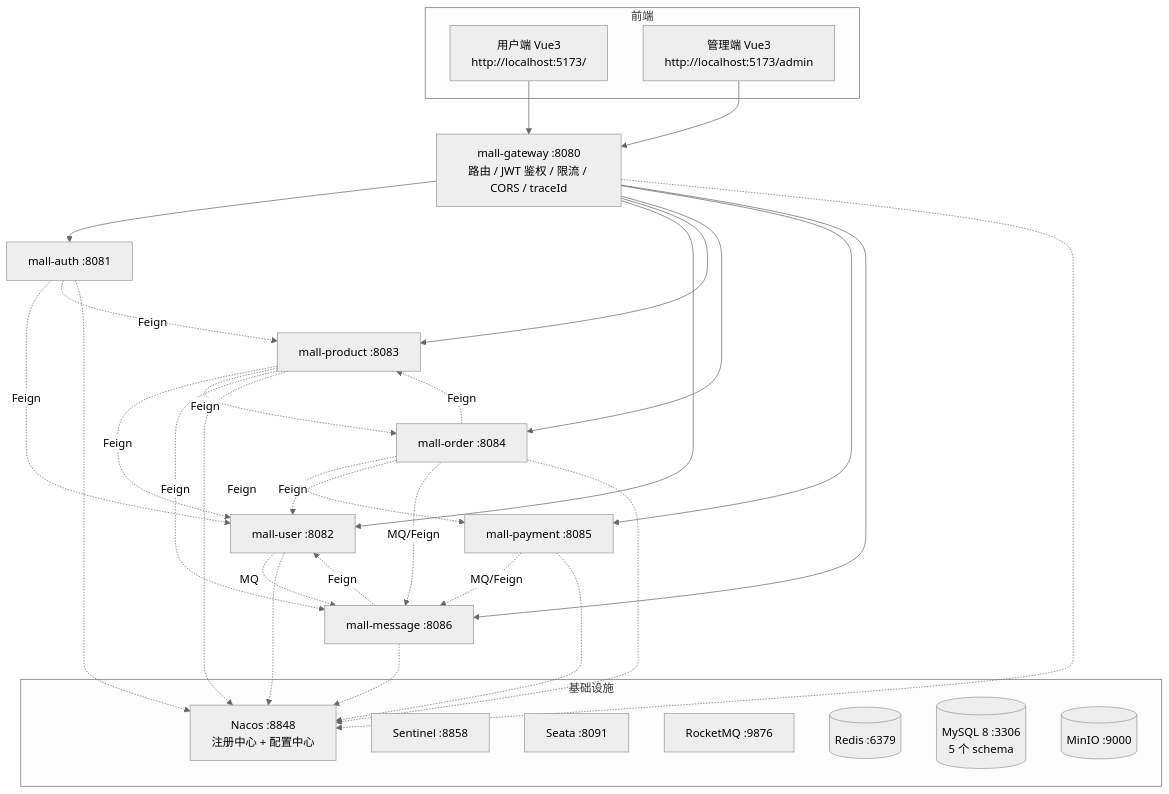
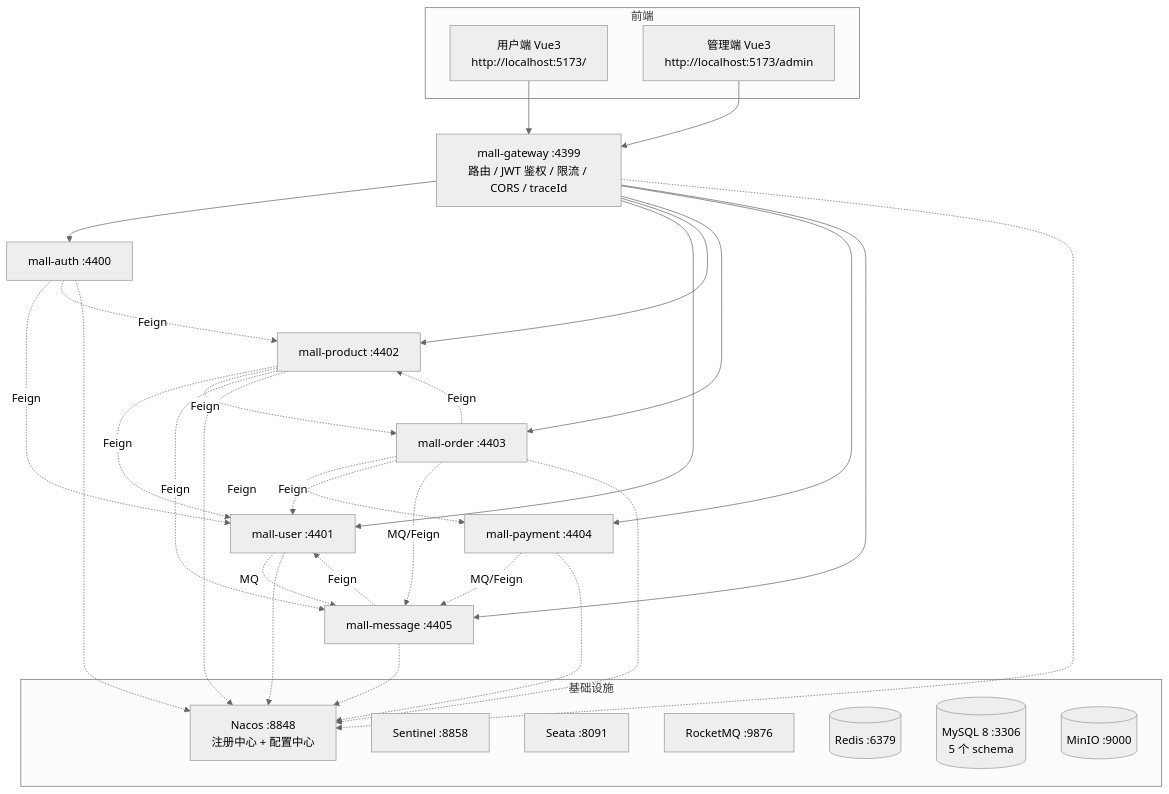
The second of 7 diagrams in 文档归类/01-总体开发文档.md (liumoqing/Campus-Second-Hand-Marketplace-Based-on-SpringCloud), drawn with Mermaid (neutral theme) before and after one commit. The commit also changed other lines of this file and 12669 other files, not shown here.

````diff
--- a/文档归类/01-总体开发文档.md
+++ b/文档归类/01-总体开发文档.md
@@ -280,50 +280,50 @@
 ```mermaid
 flowchart TB
   subgraph client[前端]
     WEB["用户端 Vue3<br/>http://localhost:5173/"]
     ADMINUI["管理端 Vue3<br/>http://localhost:5173/admin"]
   end
 
   WEB --> GW
   ADMINUI --> GW
 
-  GW["mall-gateway :8080<br/>路由 / JWT 鉴权 / 限流 / CORS / traceId"]
+  GW["mall-gateway :4399<br/>路由 / JWT 鉴权 / 限流 / CORS / traceId"]
 
-  GW --> AUTH["mall-auth :8081"]
-  GW --> USER["mall-user :8082"]
-  GW --> PROD["mall-product :8083"]
-  GW --> ORDER["mall-order :8084"]
-  GW --> PAY["mall-payment :8085"]
-  GW --> MSG["mall-message :8086"]
+  GW --> AUTH["mall-auth :4400"]
+  GW --> USER["mall-user :4401"]
+  GW --> PROD["mall-product :4402"]
+  GW --> ORDER["mall-order :4403"]
+  GW --> PAY["mall-payment :4404"]
+  GW --> MSG["mall-message :4405"]
 
   ORDER -. Feign .-> PROD
   ORDER -. Feign .-> PAY
   ORDER -. Feign .-> USER
   AUTH  -. Feign .-> USER
   PROD  -. Feign .-> USER
   PROD  -. Feign .-> ORDER
   MSG   -. Feign .-> USER
   PROD  -. Feign .-> MSG
   AUTH  -. Feign .-> PROD
   ORDER -. MQ/Feign .-> MSG
   PAY   -. MQ/Feign .-> MSG
   USER  -. MQ .-> MSG
 
   subgraph infra[基础设施]
     NACOS["Nacos :8848<br/>注册中心 + 配置中心"]
     SENT["Sentinel :8858"]
     SEATA["Seata :8091"]
     RMQ["RocketMQ :9876"]
     REDIS[("Redis :6379")]
     MYSQL[("MySQL 8 :3306<br/>5 个 schema")]
     MINIO[("MinIO :9000")]
   end
 
   GW -.-> NACOS
   AUTH -.-> NACOS
   USER -.-> NACOS
   PROD -.-> NACOS
   ORDER -.-> NACOS
   PAY -.-> NACOS
   MSG -.-> NACOS
 ```
````
